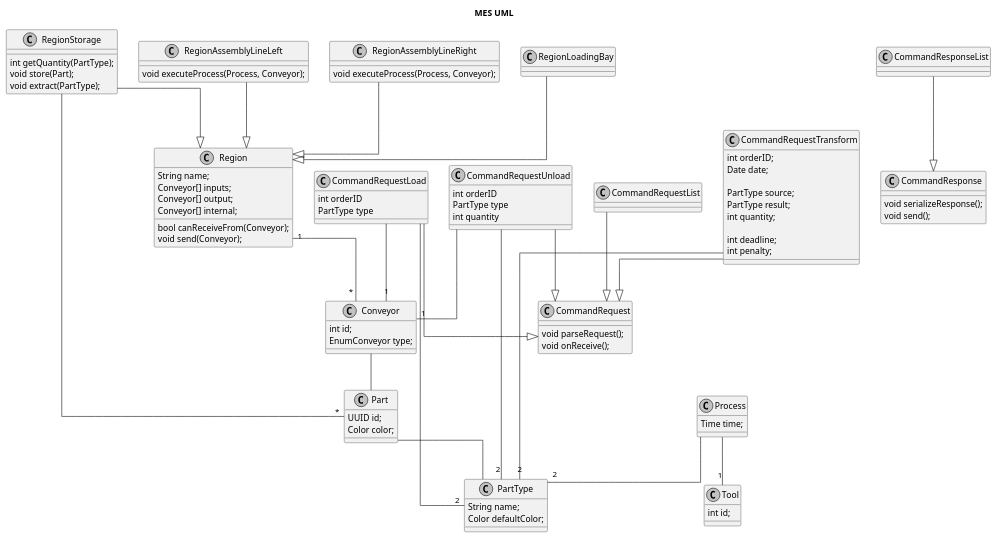
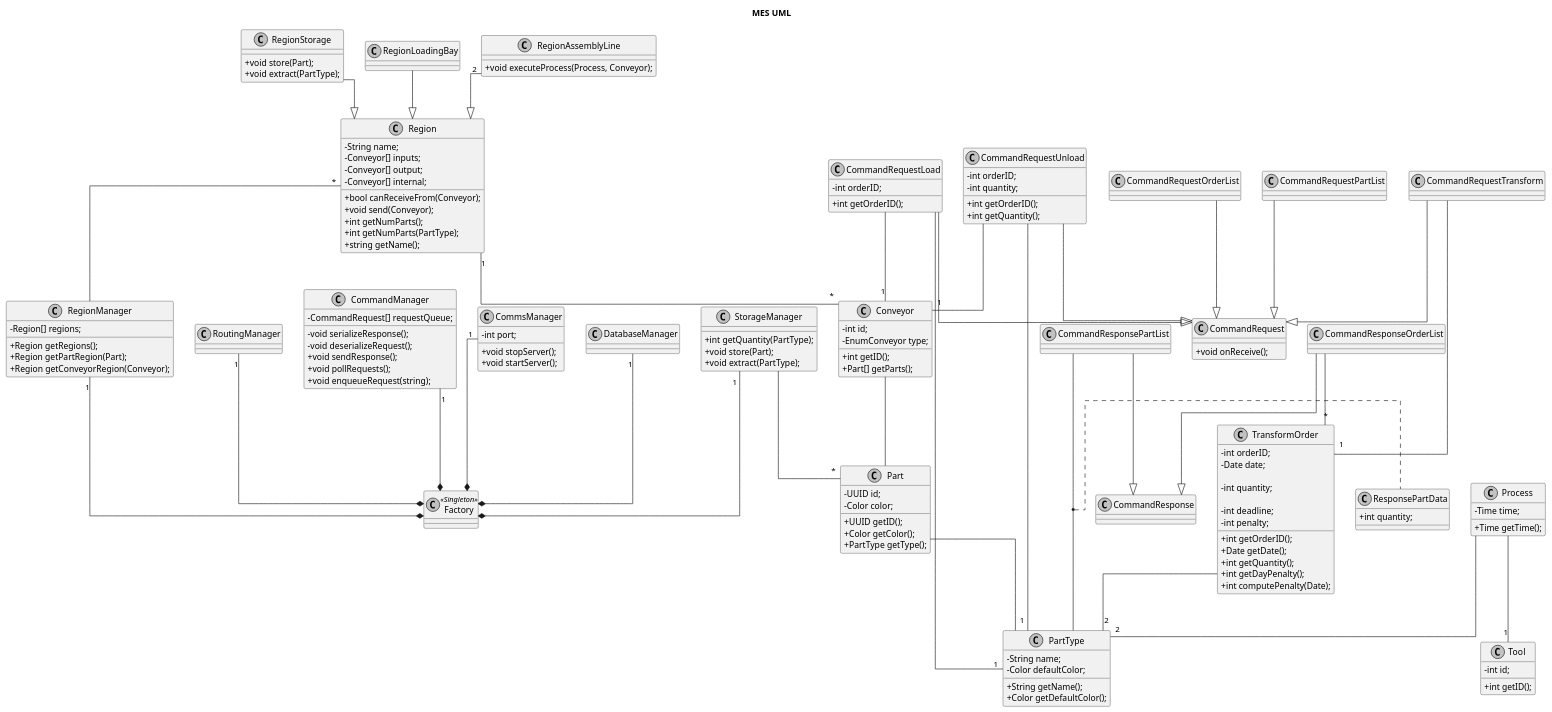
The diagram in docs/mes.puml (avrocha/plant-floor-control), drawn with PlantUML before and after one commit.

Commit message:
UML: Add blocks managers

```diff
--- a/docs/mes.puml
+++ b/docs/mes.puml
@@ -1,8 +1,21 @@
 @startuml
 skinparam linetype ortho
 skinparam Monochrome true
+skinparam classAttributeIconSize 0
 
 title MES UML
+
+'Factory'
+class Factory <<Singleton>> {
+
+}
+
+CommandManager "1"--* Factory
+DatabaseManager "1"--* Factory
+StorageManager "1"--* Factory
+RoutingManager "1"--* Factory
+RegionManager "1"--* Factory
+CommsManager "1"--* Factory
 
 /'
 
@@ -11,19 +24,28 @@
 '/
 
 class PartType {
-  String name;
-  Color defaultColor;
+  - String name;
+  - Color defaultColor;
+
+  + String getName();
+  + Color getDefaultColor();
 }
 
 class Part {
-  UUID id;
-  Color color;
+  - UUID id;
+  - Color color;
+
+  + UUID getID();
+  + Color getColor();
+  + PartType getType();
 }
 
 Part -- PartType
 
 class Tool {
-  int id;
+  - int id;
+  
+  + int getID();
 }
 
 /'
@@ -33,8 +55,11 @@
 '/
 
 class Conveyor {
-  int id;
-  EnumConveyor type;
+  - int id;
+  - EnumConveyor type;
+
+  + int getID();
+  + Part[] getParts();
 }
 
 Conveyor -- Part
@@ -44,44 +69,46 @@
 Regions
 
 '/
+class RegionManager{
+  - Region[] regions;
+  + Region getRegions();
+  + Region getPartRegion(Part);
+  + Region getConveyorRegion(Conveyor);
+}
 
 class Region {
-  String name;
-  Conveyor[] inputs;
-  Conveyor[] output;
-  Conveyor[] internal;
+  - String name;
+  - Conveyor[] inputs;
+  - Conveyor[] output;
+  - Conveyor[] internal;
 
-  bool canReceiveFrom(Conveyor);
-  void send(Conveyor);
+  + bool canReceiveFrom(Conveyor);
+  + void send(Conveyor);
+  + int getNumParts();
+  + int getNumParts(PartType);
+  + string getName();
 }
 
 Region "1" -- "*" Conveyor
+Region "*"-- RegionManager
 
 class RegionStorage {
-  int getQuantity(PartType);
-  void store(Part);
-  void extract(PartType);
+  + void store(Part);
+  + void extract(PartType);
 }
 
 RegionStorage --|> Region
-RegionStorage -- "*" Part
 
 class RegionLoadingBay {
 }
 
 RegionLoadingBay --|> Region
 
-class RegionAssemblyLineLeft {
-  void executeProcess(Process, Conveyor);
+class RegionAssemblyLine {
+  + void executeProcess(Process, Conveyor);
 }
 
-RegionAssemblyLineLeft --|> Region
-
-class RegionAssemblyLineRight {
-  void executeProcess(Process, Conveyor);
-}
-
-RegionAssemblyLineRight --|> Region
+RegionAssemblyLine "2"--|> Region
 
 /'
 
@@ -90,7 +117,9 @@
 '/
 
 class Process {
-  Time time;
+  - Time time;
+
+  + Time getTime();
 }
 
 Process -- "2" PartType
@@ -104,63 +133,141 @@
 
 'Requests'
 
+class CommandManager{
+  - CommandRequest[] requestQueue;
+
+  - void serializeResponse();
+  - void deserializeRequest();
+  + void sendResponse();
+  + void pollRequests();
+  + void enqueueRequest(string);
+}
+
 class CommandRequest {
-  void parseRequest();
-  void onReceive();
+  + void onReceive();
 }
 
 class CommandRequestTransform {
-  int orderID;
-  Date date;
-
-  PartType source;
-  PartType result;
-  int quantity;
-
-  int deadline;
-  int penalty;
-
-  
 }
 
 CommandRequestTransform --|> CommandRequest
-CommandRequestTransform -- "2" PartType
+CommandRequestTransform --"1" TransformOrder
+TransformOrder -- "2" PartType
+
 
 class CommandRequestUnload {
-  int orderID
-  PartType type
-  int quantity
+  - int orderID;
+  - int quantity;
+
+  + int getOrderID();
+  + int getQuantity();
 }
 
 CommandRequestUnload --|> CommandRequest
 CommandRequestUnload -- "1" Conveyor
-CommandRequestUnload -- "2" PartType
+CommandRequestUnload -- "1" PartType
 
 class CommandRequestLoad {
-  int orderID
-  PartType type
+  - int orderID;
+
+  + int getOrderID();
 }
 
 CommandRequestLoad --|> CommandRequest
 CommandRequestLoad -- "1" Conveyor
-CommandRequestLoad -- "2" PartType
+CommandRequestLoad -- "1" PartType
 
-class CommandRequestList {
+class CommandRequestOrderList {
 }
 
-CommandRequestList --|> CommandRequest
+CommandRequestOrderList --|> CommandRequest
+
+class CommandRequestPartList {
+}
+
+CommandRequestPartList --|> CommandRequest
+
+'Orders'
+class TransformOrder{
+  - int orderID;
+  - Date date;
+
+  - int quantity;
+
+  - int deadline;
+  - int penalty;
+
+  + int getOrderID();
+  + Date getDate();
+  + int getQuantity();
+  + int getDayPenalty();
+  + int computePenalty(Date);
+}
 
 'Responses'
 
 class CommandResponse {
-  void serializeResponse();
-  void send();
 }
 
-class CommandResponseList {
+class CommandResponseOrderList {
+}
+
+CommandResponseOrderList --|> CommandResponse
+CommandResponseOrderList --"*" TransformOrder
+
+class CommandResponsePartList {
+}
+
+(CommandResponsePartList, PartType) .. ResponsePartData
+
+class ResponsePartData { 
+  + int quantity;
+}
+
+CommandResponsePartList --|> CommandResponse
+
+/'
+
+Database
+
+'/
+class DatabaseManager{
+
+}
+
+/'
+
+Storage
+
+'/
+class StorageManager{
+  + int getQuantity(PartType);
+  + void store(Part);
+  + void extract(PartType);
+}
+
+StorageManager -- "*" Part
+
+/'
+
+UDP Manager
+
+'/
+class CommsManager{
+  - int port;
+
+  + void stopServer();
+  + void startServer();
+}
+
+/'
+
+Routing
+
+'/
+
+class RoutingManager{
   
 }
 
-CommandResponseList --|> CommandResponse
-
 @enduml
```
